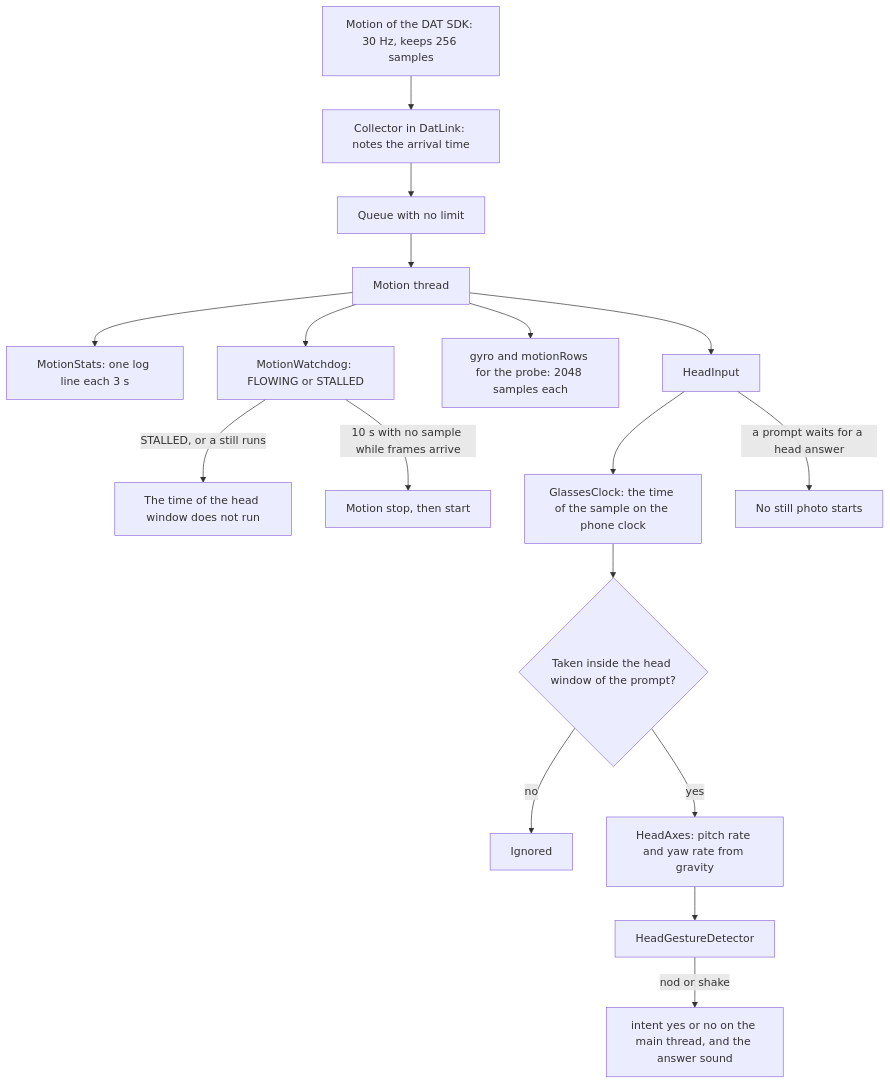
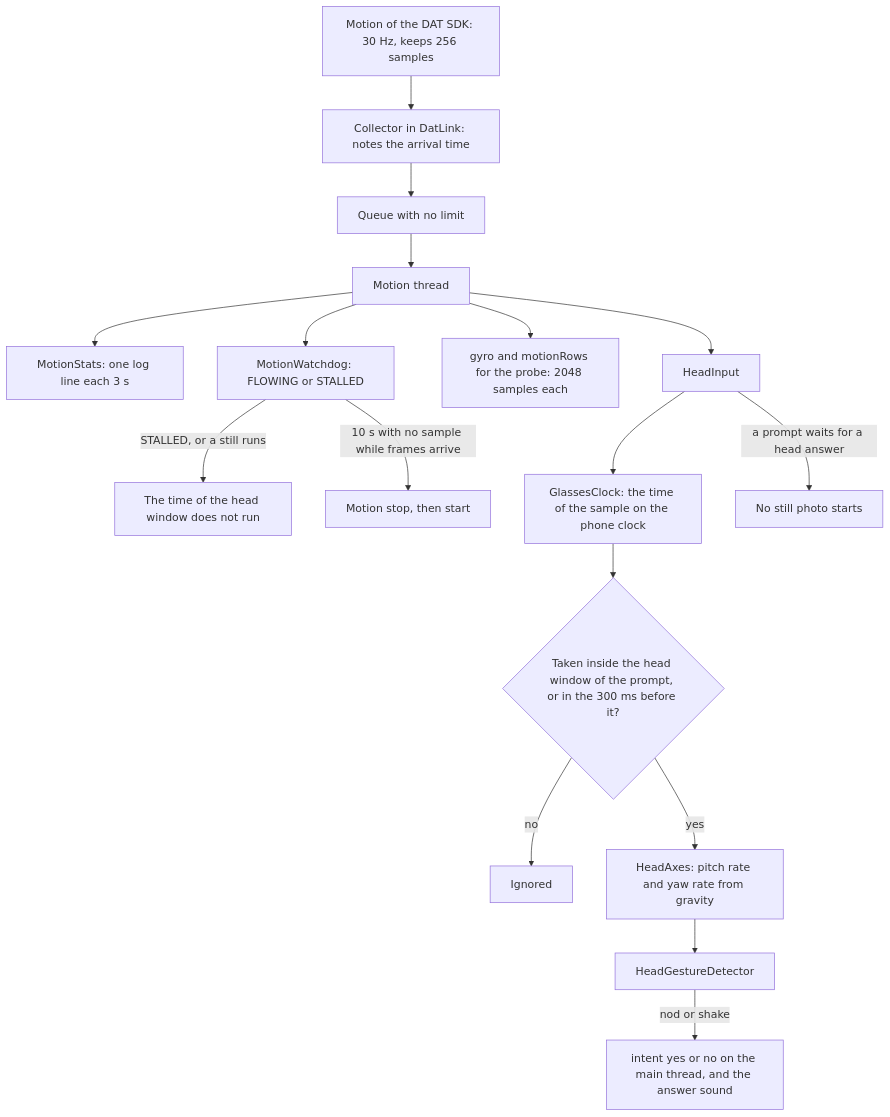
One commit to mrBymax/glance changed the seventh of 9 diagrams in apps/mobile/android/README.md. Above: the diagram before and after it, drawn with Mermaid. The commit also changed other lines of this file and 8 other files, not shown here.

````diff
--- a/apps/mobile/android/README.md
+++ b/apps/mobile/android/README.md
@@ -664,19 +664,19 @@
 ```mermaid
 flowchart TD
     Sdk[Motion of the DAT SDK: 30 Hz, keeps 256 samples] --> Collector[Collector in DatLink: notes the arrival time]
     Collector --> Queue[Queue with no limit]
     Queue --> Thread[Motion thread]
     Thread --> Stats[MotionStats: one log line each 3 s]
     Thread --> Dog[MotionWatchdog: FLOWING or STALLED]
     Thread --> Flows[gyro and motionRows for the probe: 2048 samples each]
     Thread --> Head[HeadInput]
     Head --> Clock[GlassesClock: the time of the sample on the phone clock]
-    Clock --> Window{Taken inside the head window of the prompt?}
+    Clock --> Window{Taken inside the head window of the prompt, or in the 300 ms before it?}
     Window -- no --> Ignored[Ignored]
     Window -- yes --> Axes[HeadAxes: pitch rate and yaw rate from gravity]
     Axes --> Detector[HeadGestureDetector]
     Detector -- nod or shake --> Answer[intent yes or no on the main thread, and the answer sound]
     Dog -- STALLED, or a still runs --> Pause[The time of the head window does not run]
     Dog -- 10 s with no sample while frames arrive --> Restart[Motion stop, then start]
     Head -- a prompt waits for a head answer --> Hold[No still photo starts]
 ```
````
